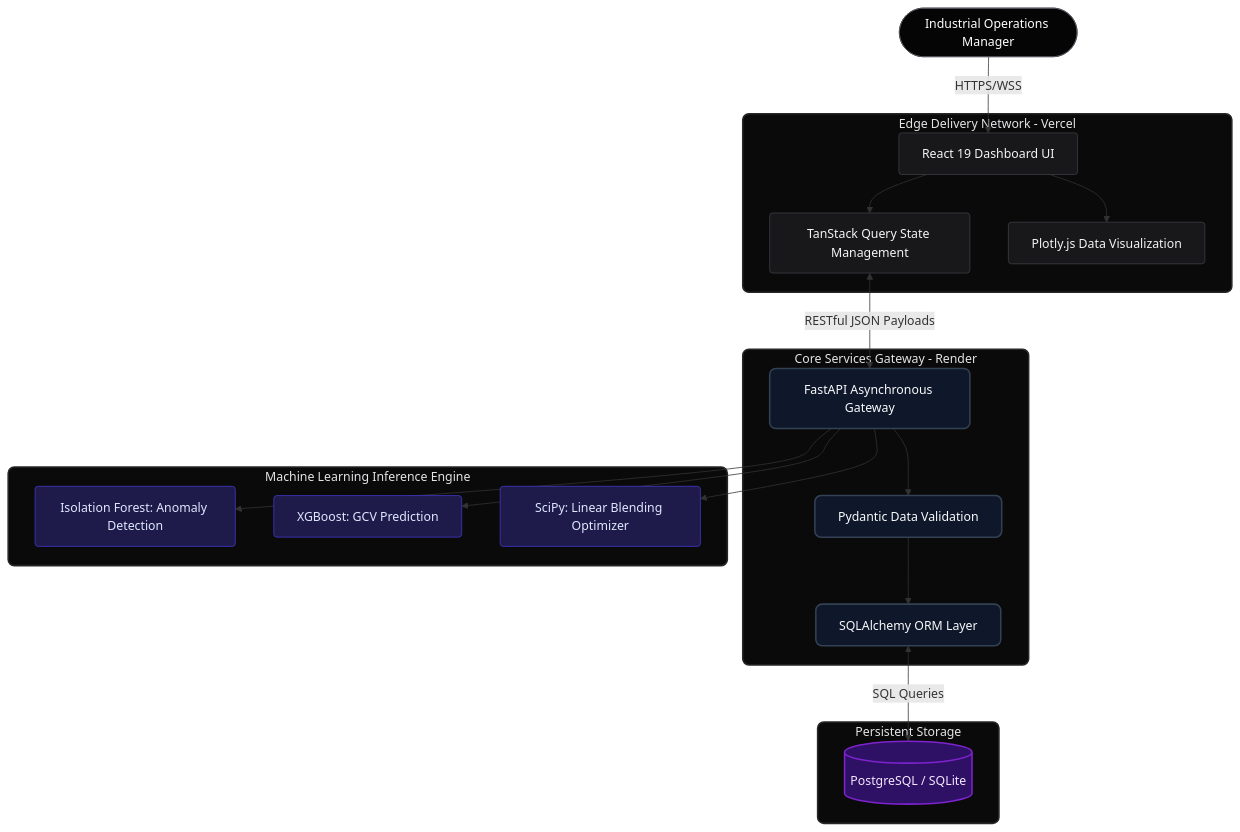
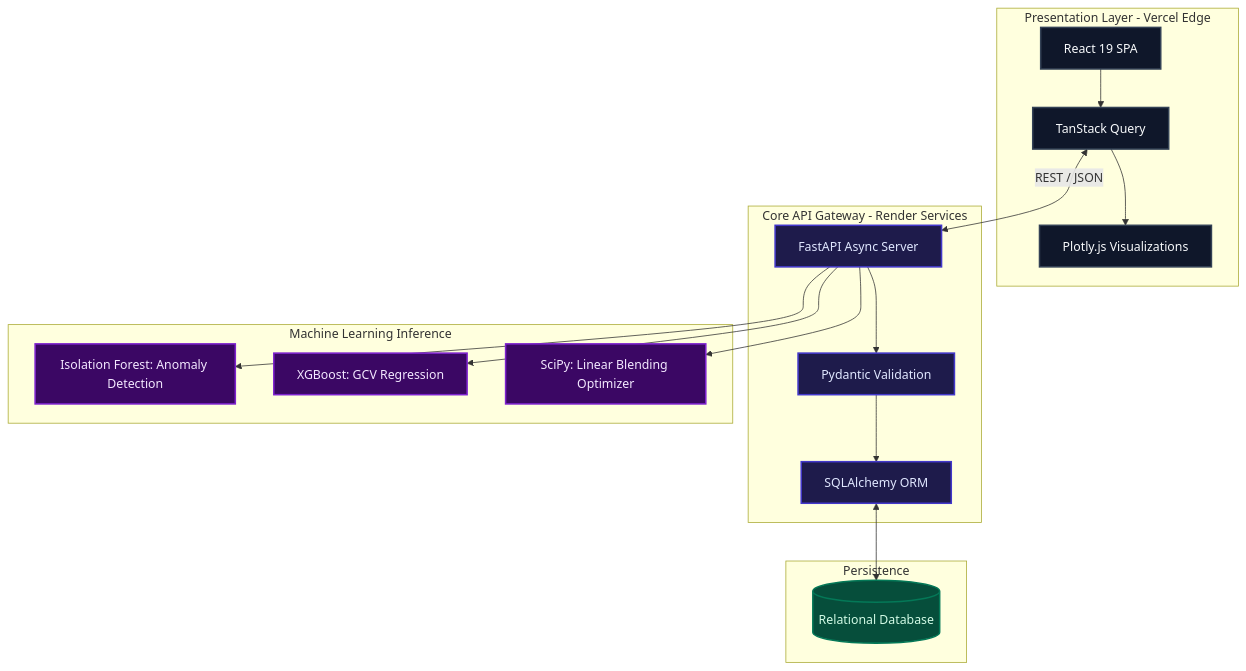
Before and after one commit to shekharsameer2308/Analyzer: the first of 2 diagrams in README.md, drawn with Mermaid. The commit also changed other lines of this file, not shown here.

Commit message:
Refactor README: Ensure strict professional tone add technical Mermaid diagrams

````diff
--- a/README.md
+++ b/README.md
@@ -9,60 +9,38 @@
 ```mermaid
 graph TD
-    %% Define Node Styles
-    classDef client fill:#0a0a0a,stroke:#27272a,stroke-width:2px,color:#e4e4e7,rx:8px,ry:8px;
-    classDef frontend fill:#18181b,stroke:#3f3f46,stroke-width:1px,color:#f4f4f5,rx:4px,ry:4px;
-    classDef gateway fill:#0f172a,stroke:#334155,stroke-width:2px,color:#f8fafc,rx:8px,ry:8px;
-    classDef mlEngine fill:#1e1b4b,stroke:#4338ca,stroke-width:1px,color:#e0e7ff,rx:4px,ry:4px;
-    classDef dataStore fill:#2e1065,stroke:#7e22ce,stroke-width:2px,color:#f3e8ff,rx:8px,ry:8px;
+    classDef client fill:#0f172a,stroke:#334155,stroke-width:2px,color:#f8fafc;
+    classDef gateway fill:#1e1b4b,stroke:#4338ca,stroke-width:2px,color:#e0e7ff;
+    classDef engine fill:#3b0764,stroke:#7e22ce,stroke-width:2px,color:#f3e8ff;
+    classDef db fill:#064e3b,stroke:#047857,stroke-width:2px,color:#d1fae5;
 
-    %% Client and Edge
-    User([Industrial Operations Manager])
-    style User fill:#050505,stroke:#52525b,color:#fff
-    
-    subgraph Edge [Edge Delivery Network - Vercel]
-        UI[React 19 Dashboard UI]
-        State[TanStack Query State Management]
-        Viz[Plotly.js Data Visualization]
-        UI --> State
-        UI --> Viz
+    subgraph Client [Presentation Layer - Vercel Edge]
+        UI[React 19 SPA] --> State[TanStack Query]
+        State --> Viz[Plotly.js Visualizations]
     end
 
-    User -->|HTTPS/WSS| UI
-
-    %% Application API Gateway
-    subgraph CoreAPI [Core Services Gateway - Render]
-        FastAPI[FastAPI Asynchronous Gateway]
-        Pydantic[Pydantic Data Validation]
-        ORM[SQLAlchemy ORM Layer]
-        
-        FastAPI --> Pydantic
-        Pydantic --> ORM
+    subgraph Server [Core API Gateway - Render Services]
+        FastAPI[FastAPI Async Server] --> Validator[Pydantic Validation]
+        Validator --> ORM[SQLAlchemy ORM]
     end
 
-    State <-->|RESTful JSON Payloads| FastAPI
-
-    %% Machine Learning Inference Engine
-    subgraph AI [Machine Learning Inference Engine]
-        Anomaly[Isolation Forest: Anomaly Detection]
-        Predictor[XGBoost: GCV Prediction]
-        Optimizer[SciPy: Linear Blending Optimizer]
-        
-        FastAPI --> Anomaly
-        FastAPI --> Predictor
-        FastAPI --> Optimizer
+    subgraph ML [Machine Learning Inference]
+        IsolationForest[Isolation Forest: Anomaly Detection]
+        XGBoost[XGBoost: GCV Regression]
+        SciPy[SciPy: Linear Blending Optimizer]
     end
 
-    %% Data Persistence
-    subgraph Storage [Persistent Storage]
-        DB[(PostgreSQL / SQLite)]
+    subgraph Storage [Persistence]
+        Database[(Relational Database)]
     end
 
-    ORM <-->|SQL Queries| DB
+    State <-->|REST / JSON| FastAPI
+    FastAPI --> IsolationForest
+    FastAPI --> XGBoost
+    FastAPI --> SciPy
+    ORM <--> Database
 
-    %% Apply Classes
-    class UI,State,Viz frontend;
-    class FastAPI,Pydantic,ORM gateway;
-    class Anomaly,Predictor,Optimizer mlEngine;
-    class DB dataStore;
-    class Edge,CoreAPI,AI,Storage client;
+    class UI,State,Viz client;
+    class FastAPI,Validator,ORM gateway;
+    class IsolationForest,XGBoost,SciPy engine;
+    class Database db;
 ```
````
